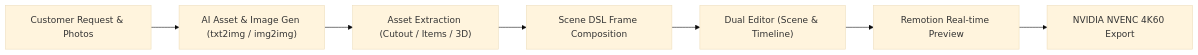
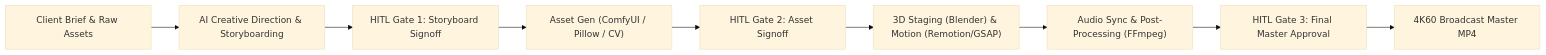
One commit to hoanglong2206/Video-Tool changed the first of 4 diagrams in PROJECT.md. Above: the diagram before and after it, drawn with Mermaid (base theme). The commit also changed other lines of this file and 26 other files, not shown here.

First line of the commit message:
docs(architecture): establish comprehensive documentation system for AI Motion Studio

````diff
--- a/PROJECT.md
+++ b/PROJECT.md
@@ -22,9 +23,11 @@
 ```mermaid
 flowchart LR
-    A["Customer Request & Photos"] --> B["AI Asset & Image Gen (txt2img / img2img)"]
-    B --> C["Asset Extraction (Cutout / Items / 3D)"]
-    C --> D["Scene DSL Frame Composition"]
-    D --> E["Dual Editor (Scene & Timeline)"]
-    E --> F["Remotion Real-time Preview"]
-    F --> G["NVIDIA NVENC 4K60 Export"]
+    A["Client Brief & Raw Assets"] --> B["AI Creative Direction & Storyboarding"]
+    B --> C["HITL Gate 1: Storyboard Signoff"]
+    C --> D["Asset Gen (ComfyUI / Pillow / CV)"]
+    D --> E["HITL Gate 2: Asset Signoff"]
+    E --> F["3D Staging (Blender) & Motion (Remotion/GSAP)"]
+    F --> G["Audio Sync & Post-Processing (FFmpeg)"]
+    G --> H["HITL Gate 3: Final Master Approval"]
+    H --> I["4K60 Broadcast Master MP4"]
 ```
````
